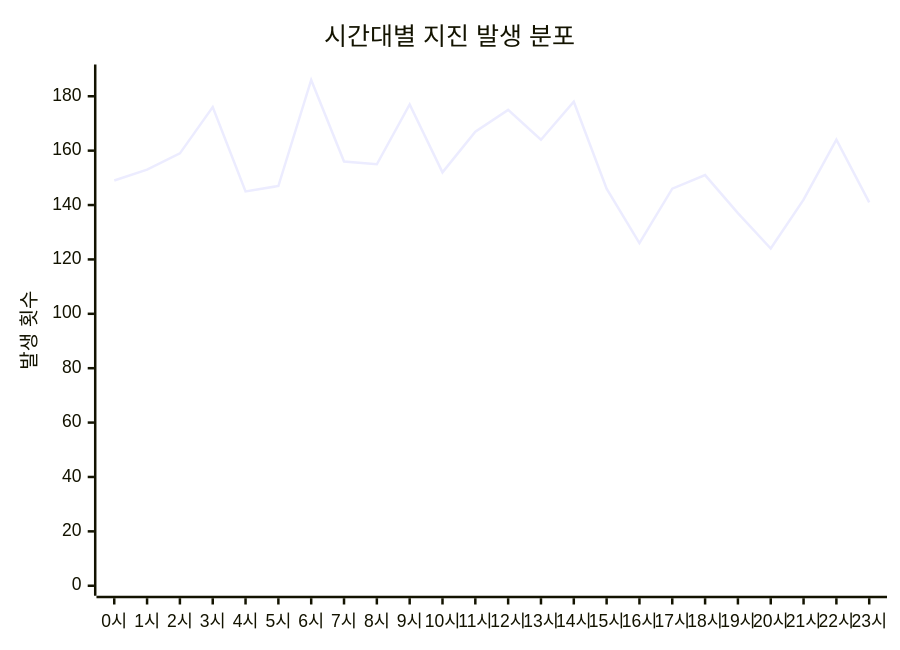
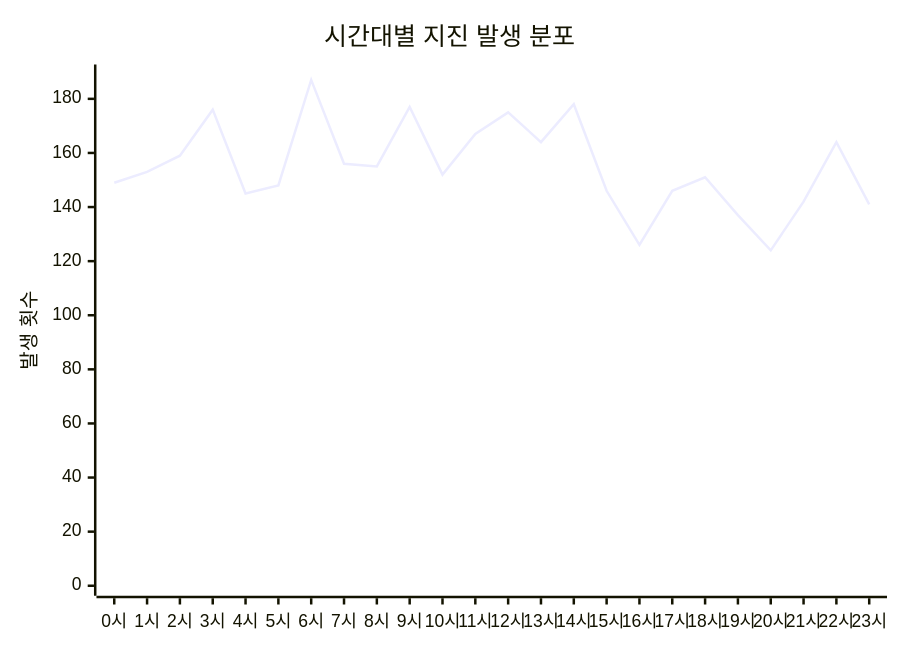
One commit to serendip811/japan-eq changed the diagram in charts/time-chart.md. Above: the diagram before and after it, drawn with Mermaid. The commit also changed other lines of this file and 5 other files, not shown here.

Commit message:
Update earthquake data and charts Fri Feb 27 06:19:04 UTC 2026

````diff
--- a/charts/time-chart.md
+++ b/charts/time-chart.md
@@ -3,7 +3,7 @@
 ```mermaid
 xychart-beta
     title "시간대별 지진 발생 분포"
     x-axis ["0시", "1시", "2시", "3시", "4시", "5시", "6시", "7시", "8시", "9시", "10시", "11시", "12시", "13시", "14시", "15시", "16시", "17시", "18시", "19시", "20시", "21시", "22시", "23시"]
-    y-axis "발생 횟수" 0 --> 188
-    line [149, 153, 159, 176, 145, 147, 186, 156, 155, 177, 152, 167, 175, 164, 178, 146, 126, 146, 151, 137, 124, 142, 164, 141]
+    y-axis "발생 횟수" 0 --> 189
+    line [149, 153, 159, 176, 145, 148, 187, 156, 155, 177, 152, 167, 175, 164, 178, 146, 126, 146, 151, 137, 124, 142, 164, 141]
 ```
````
